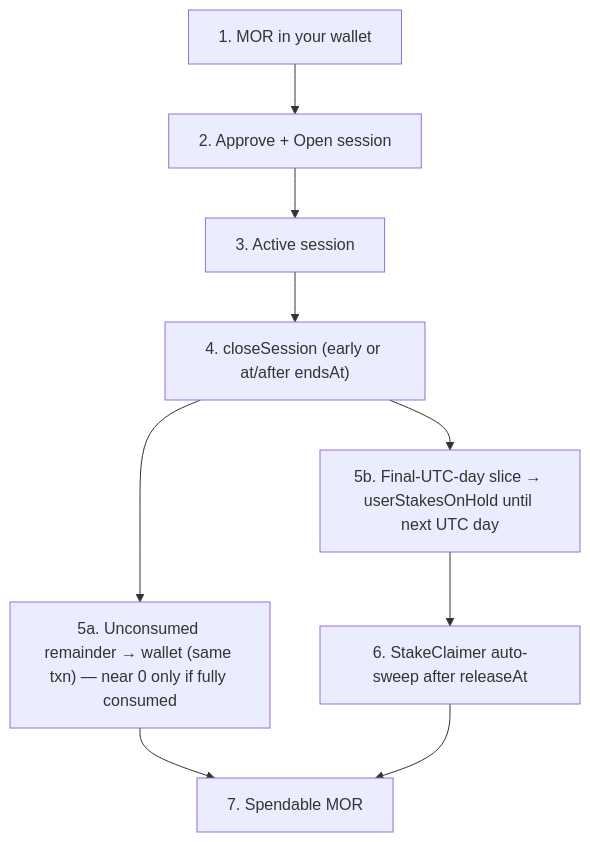
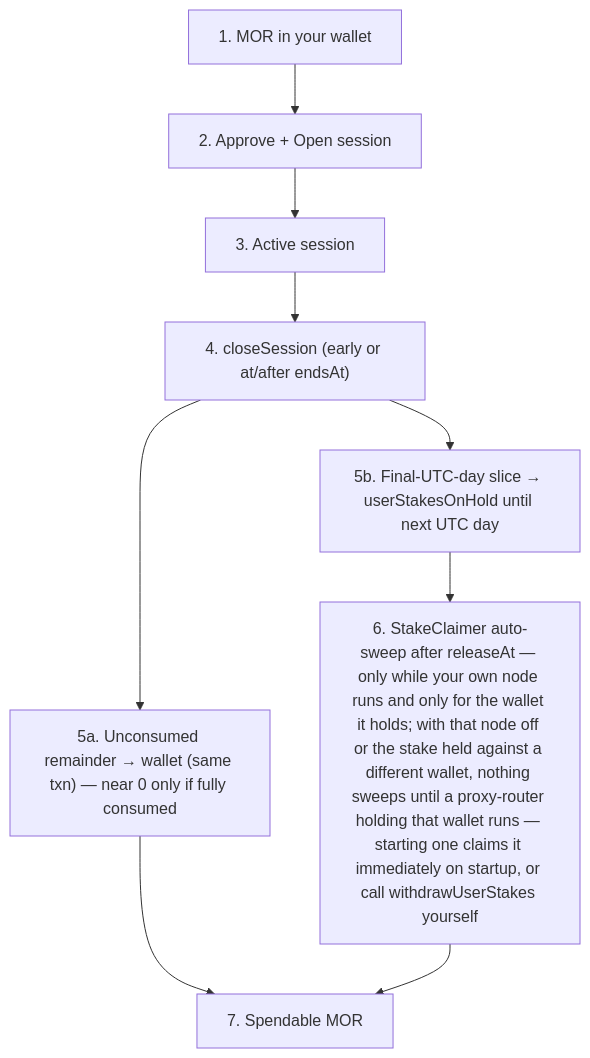
Before and after one commit to cowboycoderhq/Morpheus-Lumerin-Node: the first of 2 diagrams in docs/concepts/sessions-stake-close-recover.mdx, drawn with Mermaid. The commit also changed other lines of this file and 5 other files, not shown here.

````diff
--- a/docs/concepts/sessions-stake-close-recover.mdx
+++ b/docs/concepts/sessions-stake-close-recover.mdx
@@ -17,11 +17,11 @@
 ```mermaid
 flowchart TB
   Wallet1["1. MOR in your wallet"] --> Open["2. Approve + Open session"]
   Open --> Active["3. Active session"]
   Active --> Close["4. closeSession (early or at/after endsAt)"]
   Close --> Immediate["5a. Unconsumed remainder → wallet (same txn) — near 0 only if fully consumed"]
   Close --> Hold["5b. Final-UTC-day slice → userStakesOnHold until next UTC day"]
-Hold --> Claim["6. StakeClaimer auto-sweep after releaseAt"]
+  Hold --> Claim["6. StakeClaimer auto-sweep after releaseAt — only while your own node runs and only for the wallet it holds; with that node off or the stake held against a different wallet, nothing sweeps until a proxy-router holding that wallet runs — starting one claims it immediately on startup, or call withdrawUserStakes yourself"]
   Immediate --> Wallet2["7. Spendable MOR"]
   Claim --> Wallet2
 ```
````
